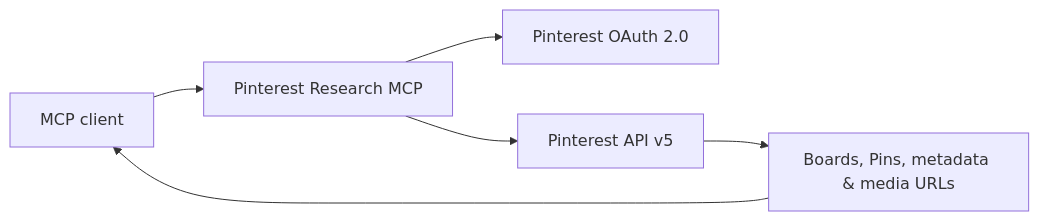
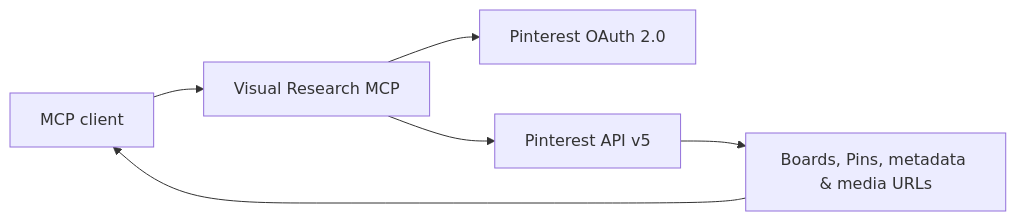
Before and after one commit to ParkPavel/Pinterest-research-mcp: the diagram in README.md, drawn with Mermaid. The commit also changed other lines of this file and 19 other files, not shown here.

````diff
--- a/README.md
+++ b/README.md
@@ -43,8 +43,8 @@
 ```mermaid
 flowchart LR
-  A["MCP client"] --> B["Pinterest Research MCP"]
+  A["MCP client"] --> B["Visual Research MCP"]
   B --> C["Pinterest OAuth 2.0"]
   B --> D["Pinterest API v5"]
   D --> E["Boards, Pins, metadata & media URLs"]
   E --> A
 ```
````
